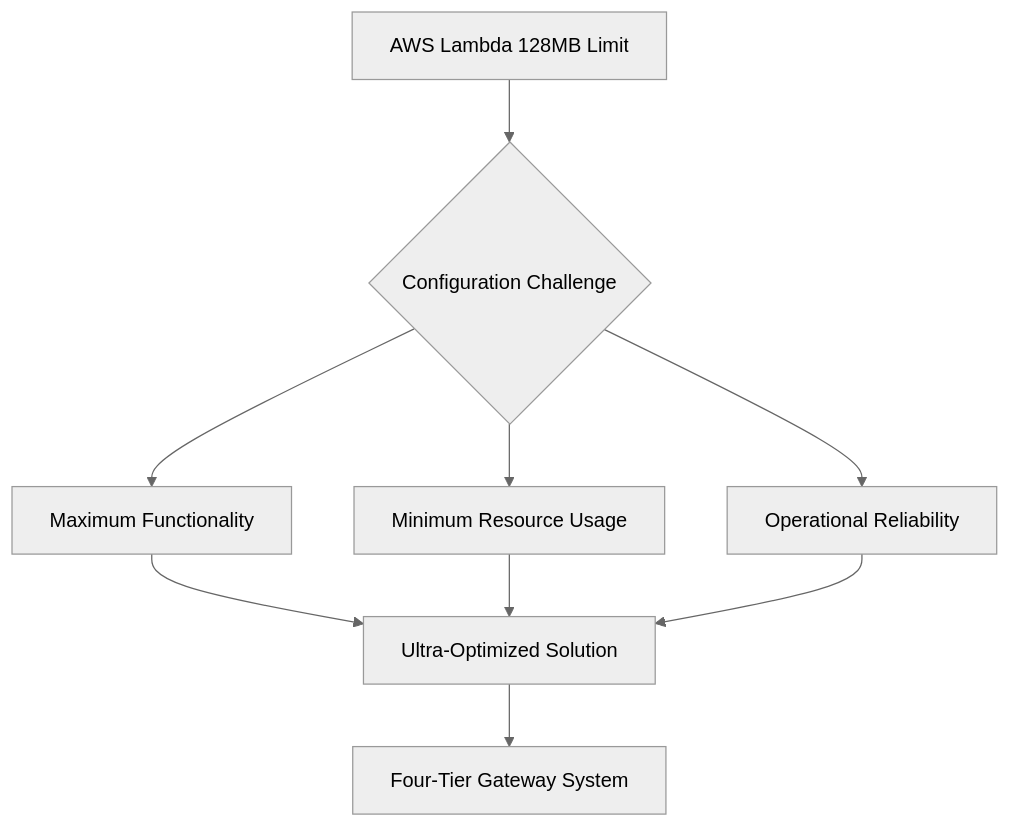
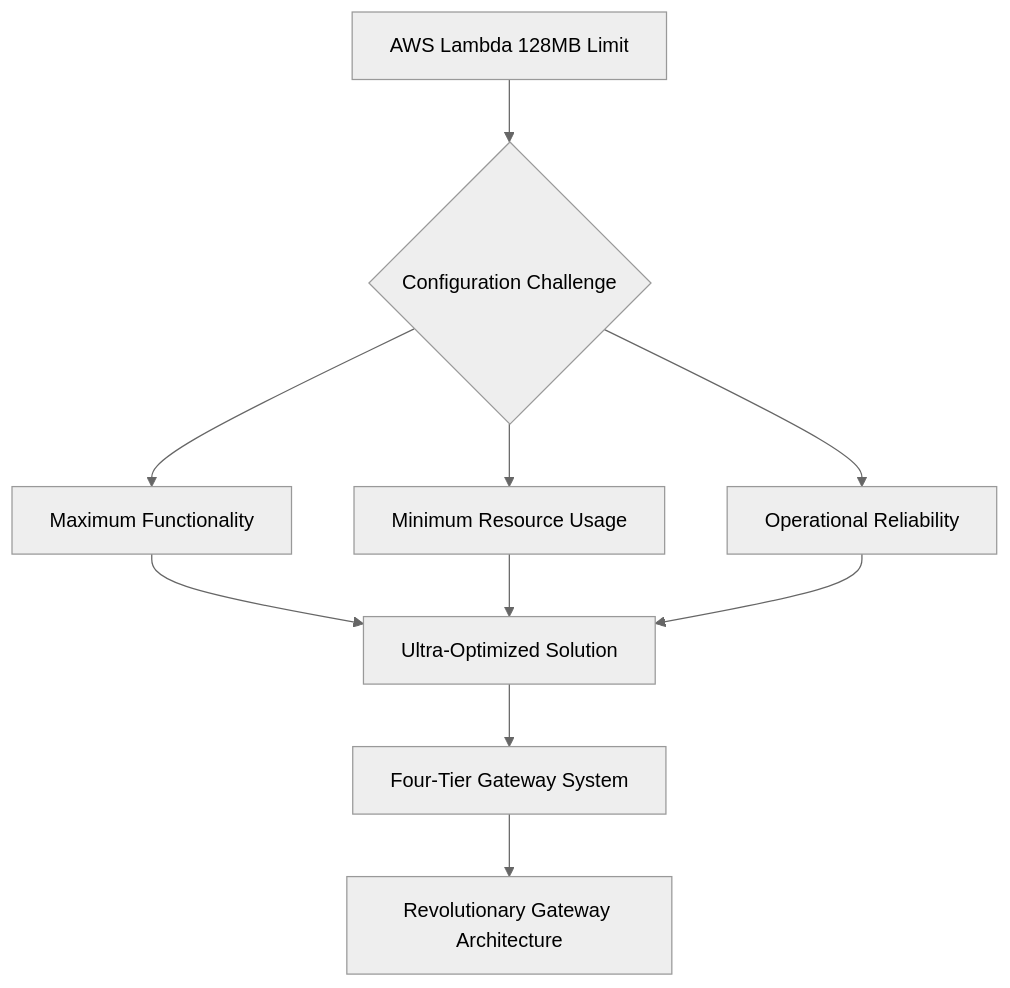
Before and after one commit to dizzybeaver/Lambda-Execution-Engine-with-Home-Assistant-Support: the diagram in docs/Variables_System_Simplified_Configuration_Reference.md, drawn with Mermaid (neutral theme). The commit also changed other lines of this file, not shown here.

````diff
--- a/docs/Variables_System_Simplified_Configuration_Reference.md
+++ b/docs/Variables_System_Simplified_Configuration_Reference.md
@@ -44,11 +46,12 @@
 ```mermaid
 graph TB
     A[AWS Lambda 128MB Limit] --> B{Configuration Challenge}
     B --> C[Maximum Functionality]
     B --> D[Minimum Resource Usage]
     B --> E[Operational Reliability]
     C --> F[Ultra-Optimized Solution]
     D --> F
     E --> F
     F --> G[Four-Tier Gateway System]
+    G --> H[Revolutionary Gateway Architecture]
 ```
````
